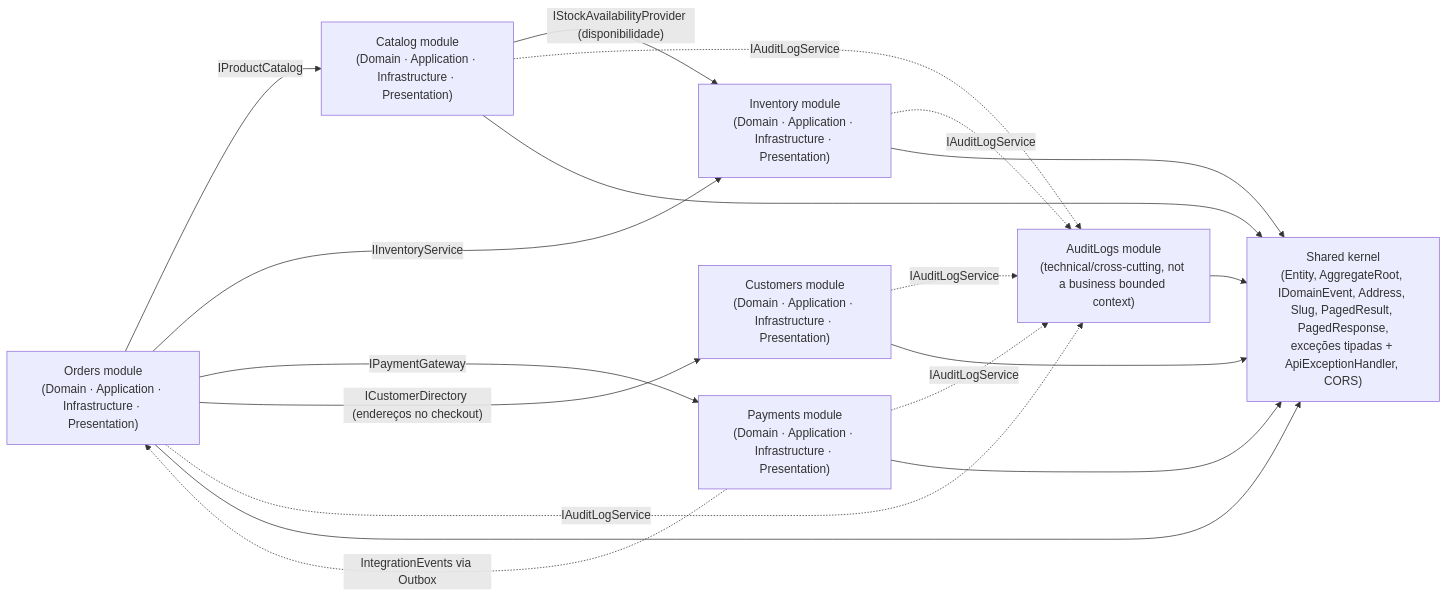
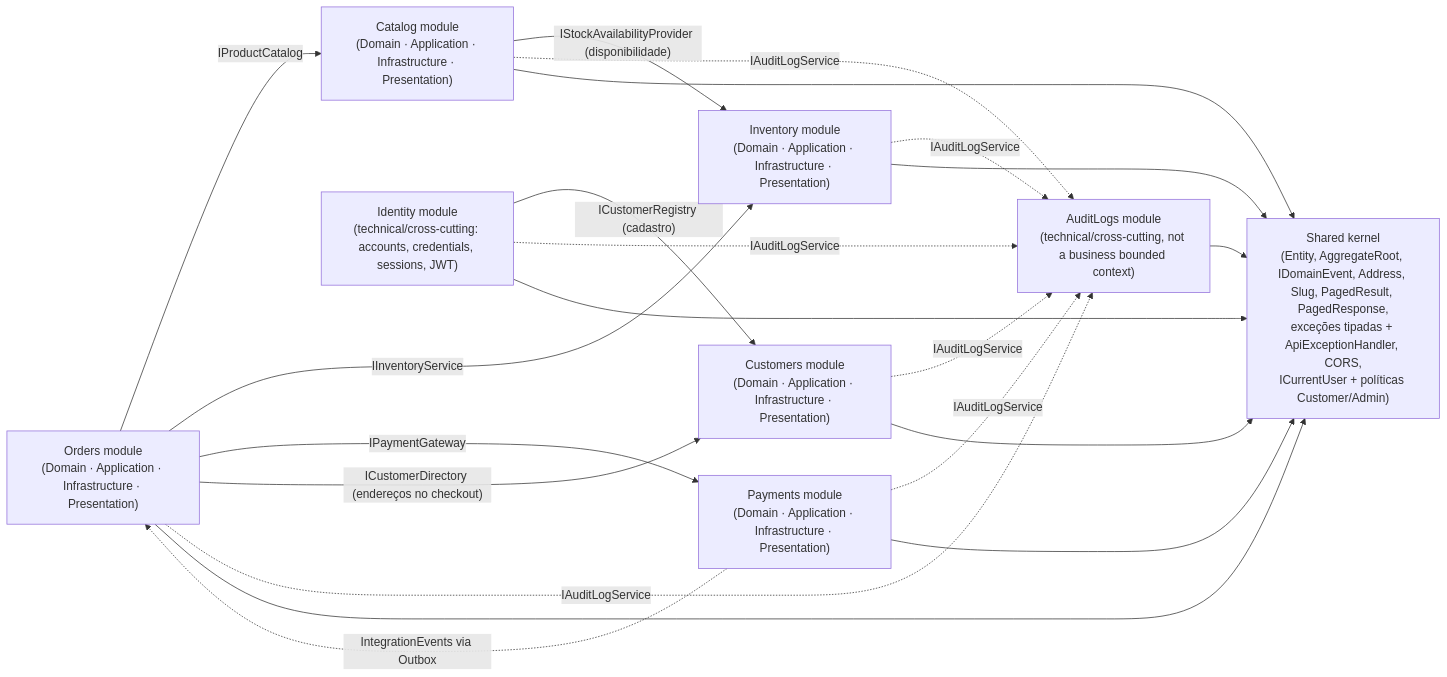
The diagram in Docs/diagrams/implementation-class/00-overview.md (Leo-Slv/OrderCore), drawn with Mermaid before and after one commit. The commit also changed other lines of this file and 7 other files, not shown here.

First line of the commit message:
docs(diagrams): add the Identity module and reflect authentication in the diagrams

````diff
--- a/Docs/diagrams/implementation-class/00-overview.md
+++ b/Docs/diagrams/implementation-class/00-overview.md
@@ -5,29 +5,33 @@
 ```mermaid
 graph LR
     Customers["Customers module\n(Domain · Application · Infrastructure · Presentation)"]
     Catalog["Catalog module\n(Domain · Application · Infrastructure · Presentation)"]
     Inventory["Inventory module\n(Domain · Application · Infrastructure · Presentation)"]
     Orders["Orders module\n(Domain · Application · Infrastructure · Presentation)"]
     Payments["Payments module\n(Domain · Application · Infrastructure · Presentation)"]
     AuditLogs["AuditLogs module\n(technical/cross-cutting, not a business bounded context)"]
-    Shared["Shared kernel\n(Entity, AggregateRoot, IDomainEvent, Address, Slug, PagedResult, PagedResponse,\nexceções tipadas + ApiExceptionHandler, CORS)"]
+    Identity["Identity module\n(technical/cross-cutting: accounts, credentials, sessions, JWT)"]
+    Shared["Shared kernel\n(Entity, AggregateRoot, IDomainEvent, Address, Slug, PagedResult, PagedResponse,\nexceções tipadas + ApiExceptionHandler, CORS,\nICurrentUser + políticas Customer/Admin)"]
 
     Orders -->|IProductCatalog| Catalog
     Orders -->|IInventoryService| Inventory
     Orders -->|IPaymentGateway| Payments
     Orders -->|"ICustomerDirectory (endereços no checkout)"| Customers
     Catalog -->|"IStockAvailabilityProvider (disponibilidade)"| Inventory
     Payments -.->|IntegrationEvents via Outbox| Orders
     Orders -.->|IAuditLogService| AuditLogs
     Payments -.->|IAuditLogService| AuditLogs
     Inventory -.->|IAuditLogService| AuditLogs
     Catalog -.->|IAuditLogService| AuditLogs
     Customers -.->|IAuditLogService| AuditLogs
+    Identity -->|"ICustomerRegistry (cadastro)"| Customers
+    Identity -.->|IAuditLogService| AuditLogs
 
     Customers --> Shared
     Catalog --> Shared
     Inventory --> Shared
     Orders --> Shared
     Payments --> Shared
     AuditLogs --> Shared
+    Identity --> Shared
 ```
````
